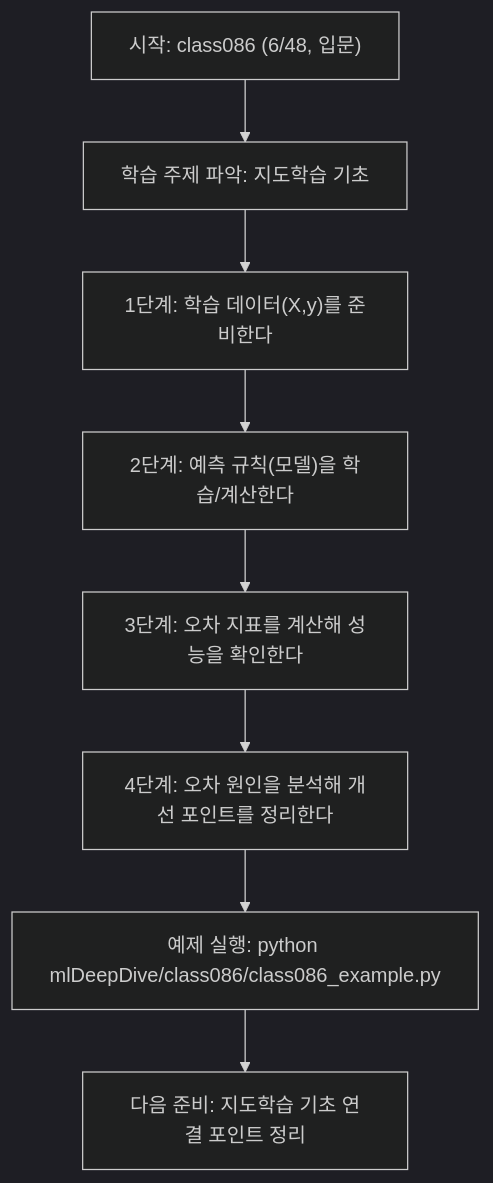
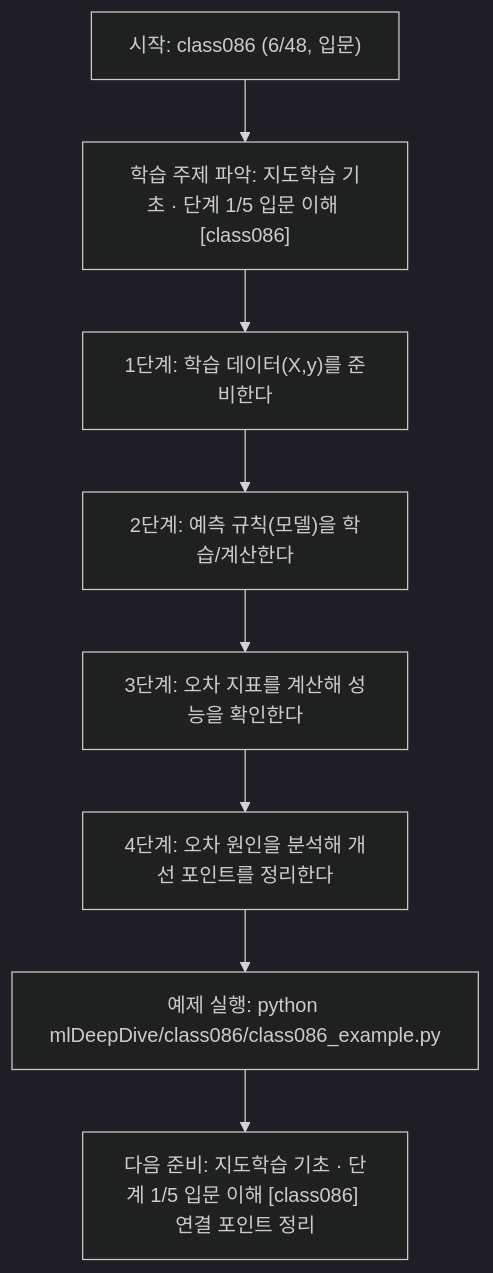
Before and after one commit to edumgt/Python-AI_Agent-Class: the diagram in mlDeepDive/class086/class086.md, drawn with Mermaid (dark theme). The commit also changed other lines of this file and 522 other files, not shown here.

````diff
--- a/mlDeepDive/class086/class086.md
+++ b/mlDeepDive/class086/class086.md
@@ -108,18 +109,18 @@
 ```mermaid
 flowchart TD
 N1["시작: class086 (6/48, 입문)"]
-N2["학습 주제 파악: 지도학습 기초"]
+N2["학습 주제 파악: 지도학습 기초 · 단계 1/5 입문 이해 [class086]"]
 N3["1단계: 학습 데이터(X,y)를 준비한다"]
 N4["2단계: 예측 규칙(모델)을 학습/계산한다"]
 N5["3단계: 오차 지표를 계산해 성능을 확인한다"]
 N6["4단계: 오차 원인을 분석해 개선 포인트를 정리한다"]
 N7["예제 실행: python mlDeepDive/class086/class086_example.py"]
-N8["다음 준비: 지도학습 기초 연결 포인트 정리"]
+N8["다음 준비: 지도학습 기초 · 단계 1/5 입문 이해 [class086] 연결 포인트 정리"]
 N1 --> N2
 N2 --> N3
 N3 --> N4
 N4 --> N5
 N5 --> N6
 N6 --> N7
 N7 --> N8
 ```
````
